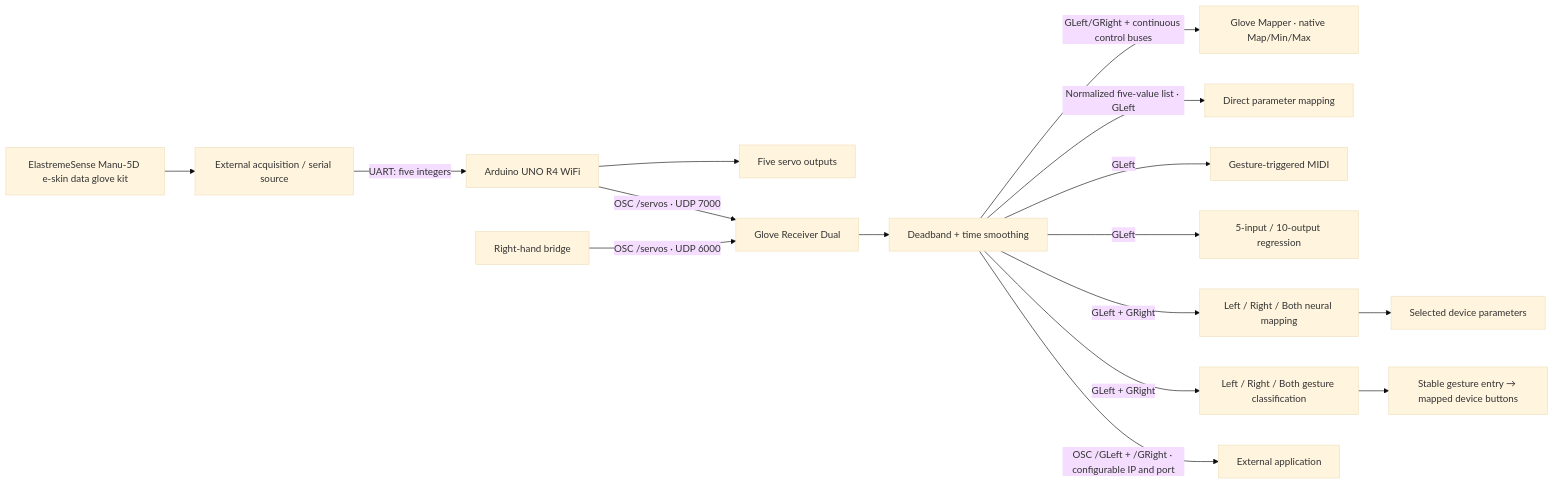
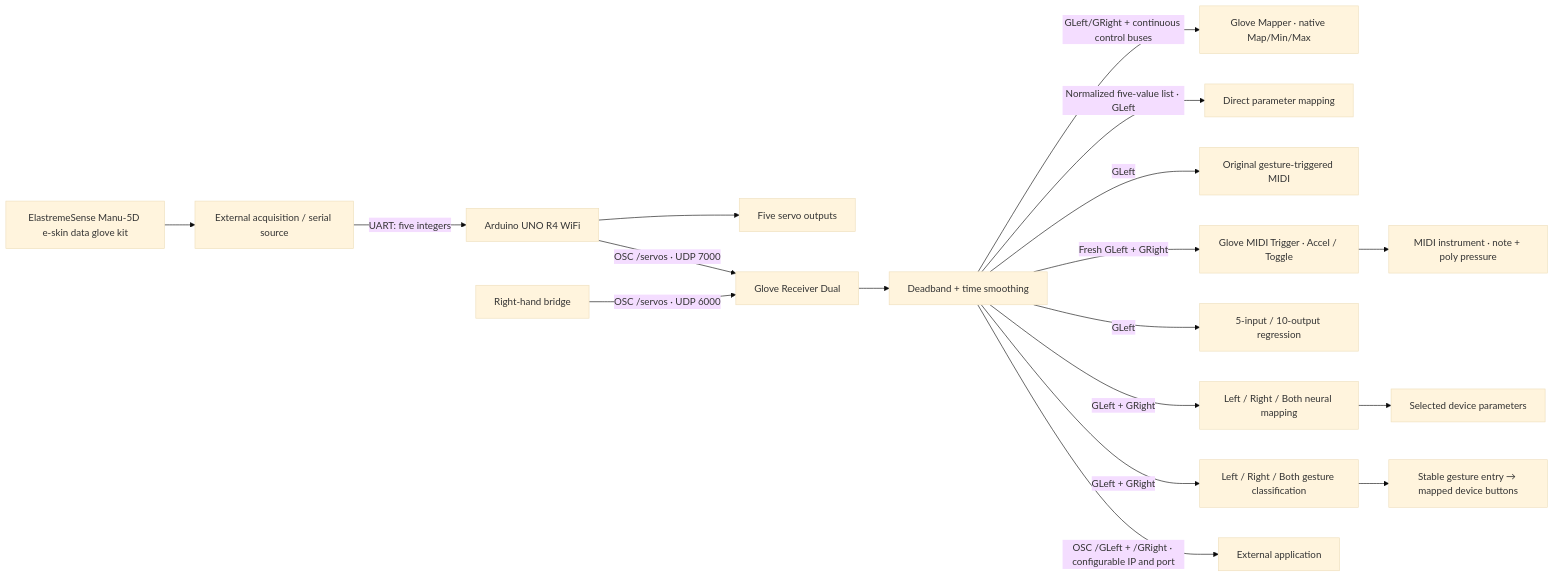
One commit to lingyuanyangg/glove-system changed the diagram in README.md. Above: the diagram before and after it, drawn with Mermaid (base theme). The commit also changed other lines of this file and 15 other files, not shown here.

Commit message:
Add native dual-hand MIDI Trigger with acceleration calibration, hold pressure and per-finger scale/range controls

````diff
--- a/README.md
+++ b/README.md
@@ -13,18 +15,20 @@
 ```mermaid
 flowchart LR
     G[ElastremeSense Manu-5D e-skin data glove kit] --> I[External acquisition / serial source]
     I -->|UART: five integers| A[Arduino UNO R4 WiFi]
     A --> S[Five servo outputs]
     A -->|OSC /servos · UDP 7000| R[Glove Receiver Dual]
     A2[Right-hand bridge] -->|OSC /servos · UDP 6000| R
     R --> F[Deadband + time smoothing]
     F -->|GLeft/GRight + continuous control buses| L[Glove Mapper · native Map/Min/Max]
     F -->|Normalized five-value list · GLeft| D[Direct parameter mapping]
-    F -->|GLeft| B[Gesture-triggered MIDI]
+    F -->|GLeft| B[Original gesture-triggered MIDI]
+    F -->|Fresh GLeft + GRight| MT[Glove MIDI Trigger · Accel / Toggle]
+    MT --> MI[MIDI instrument · note + poly pressure]
     F -->|GLeft| M[5-input / 10-output regression]
     F -->|GLeft + GRight| N[Left / Right / Both neural mapping]
     N --> P[Selected device parameters]
     F -->|GLeft + GRight| C[Left / Right / Both gesture classification]
     C --> T[Stable gesture entry → mapped device buttons]
     F -->|OSC /GLeft + /GRight · configurable IP and port| X[External application]
 ```
````
